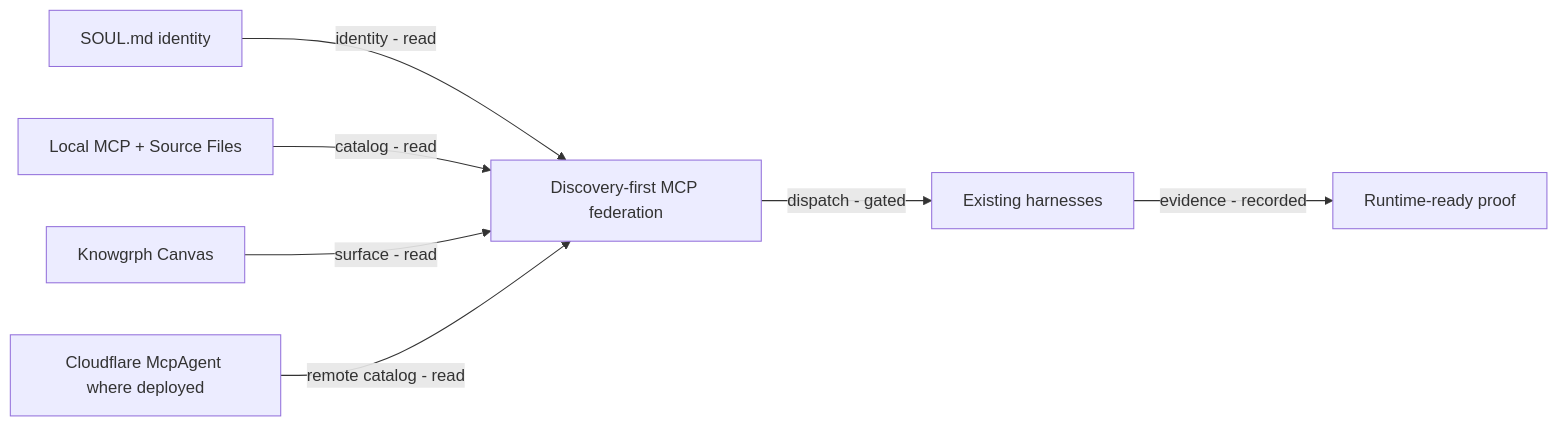
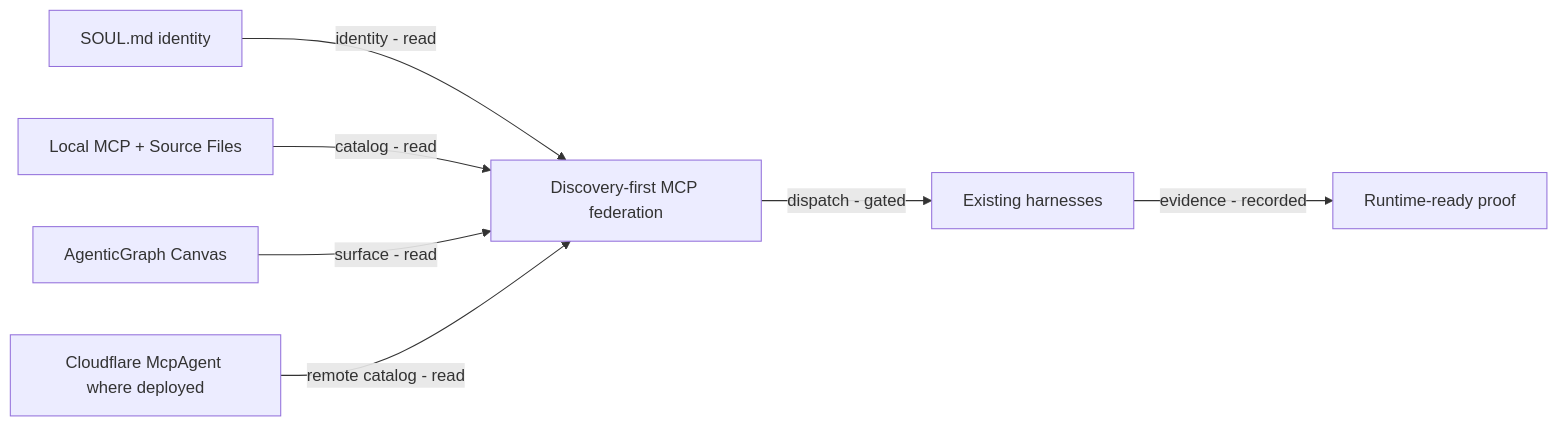
One commit to huijoohwee/agentic-canvas-os changed the diagram in docs/README.md. Above: the diagram before and after it, drawn with Mermaid. The commit also changed 11 other files, not shown here.

````diff
--- a/docs/README.md
+++ b/docs/README.md
@@ -142,17 +142,17 @@
 ```mermaid
 flowchart LR
   local["Local MCP + Source Files"]
   soul["SOUL.md identity"]
-  canvas["Knowgrph Canvas"]
+  canvas["AgenticGraph Canvas"]
   mcp["Cloudflare McpAgent where deployed"]
   gateway["Discovery-first MCP federation"]
   harnesses["Existing harnesses"]
   proof["Runtime-ready proof"]
 
   soul -->|"identity - read"| gateway
   local -->|"catalog - read"| gateway
   canvas -->|"surface - read"| gateway
   mcp -->|"remote catalog - read"| gateway
   gateway -->|"dispatch - gated"| harnesses
   harnesses -->|"evidence - recorded"| proof
 ```
````
